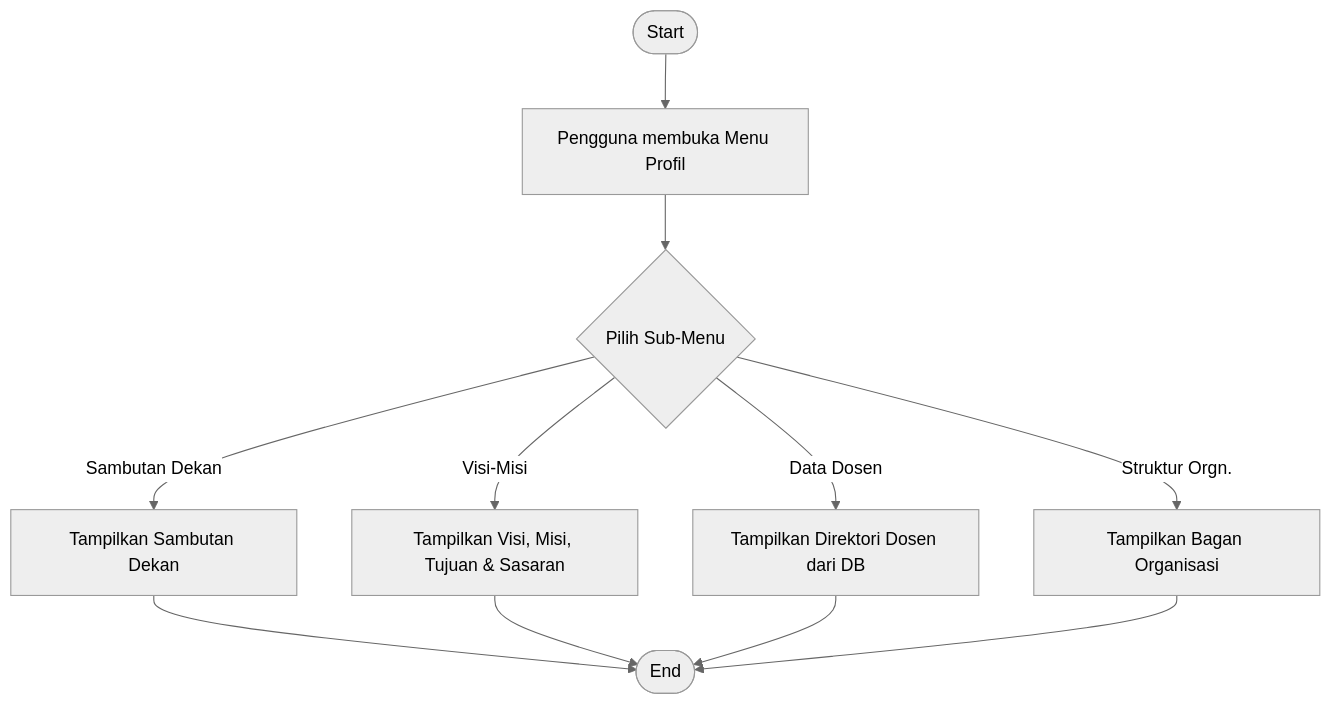
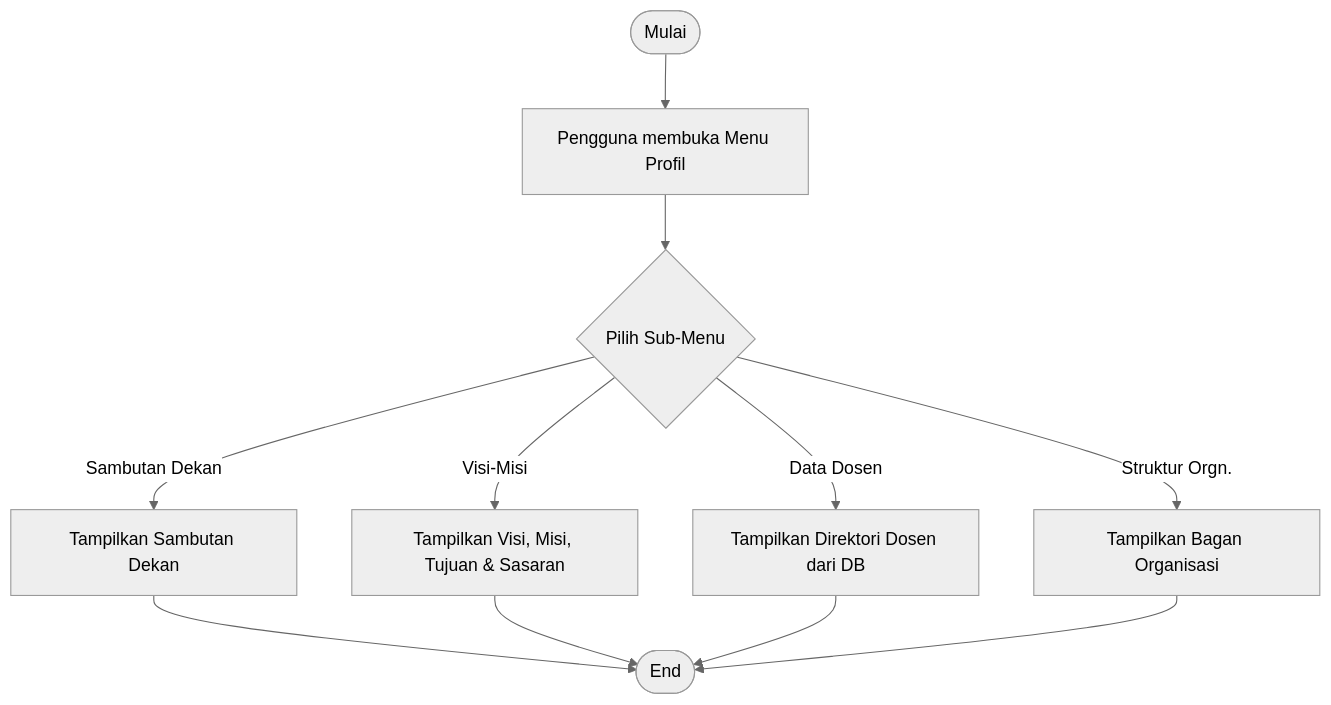
The fourth of 8 diagrams in docs/activity_diagram_publik.md (arbain-dev/Web_fikom), drawn with Mermaid (neutral theme) before and after one commit. The commit also changed other lines of this file and 7 other files, not shown here.

Commit message:
docs: standarisasi semua awal flowchart diagram menjadi 'Mulai'

````diff
--- a/docs/activity_diagram_publik.md
+++ b/docs/activity_diagram_publik.md
@@ -108,15 +108,15 @@
 ```mermaid
 flowchart TD
-    Start([Start]) --> OpenMenuProfil[Pengguna membuka Menu Profil]
+    Mulai([Mulai]) --> OpenMenuProfil[Pengguna membuka Menu Profil]
     OpenMenuProfil --> SelectSubMenu{Pilih Sub-Menu}
     
     SelectSubMenu -- "Sambutan Dekan" --> Sambutan[Tampilkan Sambutan Dekan]
     SelectSubMenu -- "Visi-Misi" --> VisiMisi[Tampilkan Visi, Misi, Tujuan & Sasaran]
     SelectSubMenu -- "Data Dosen" --> Dosen[Tampilkan Direktori Dosen dari DB]
     SelectSubMenu -- "Struktur Orgn." --> Struktur[Tampilkan Bagan Organisasi]
     
     Sambutan --> End([End])
     VisiMisi --> End
     Dosen --> End
     Struktur --> End
 ```
````
